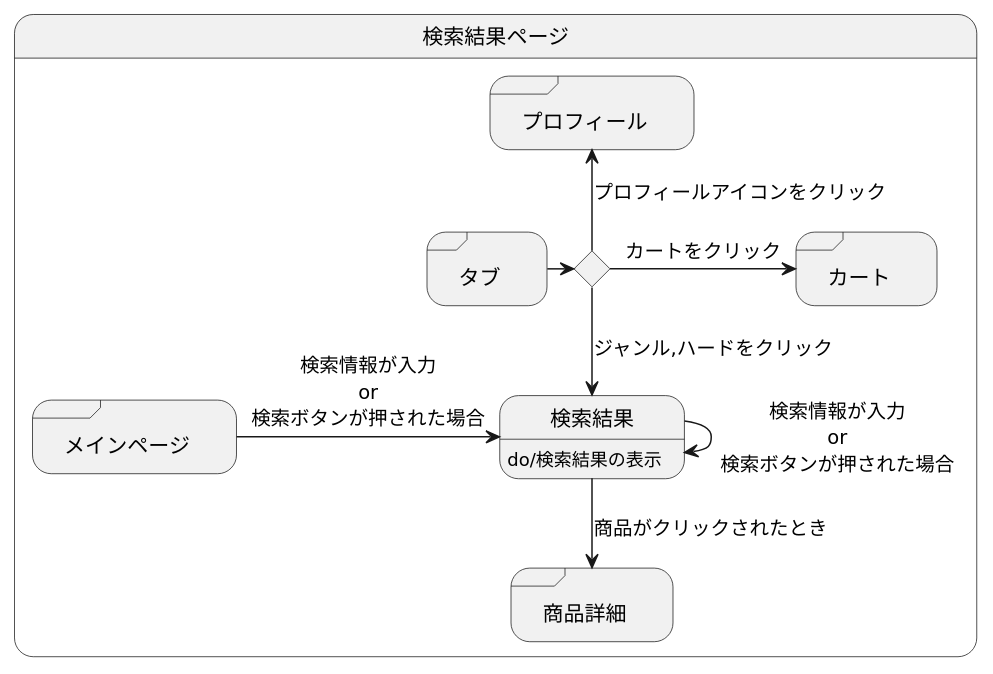
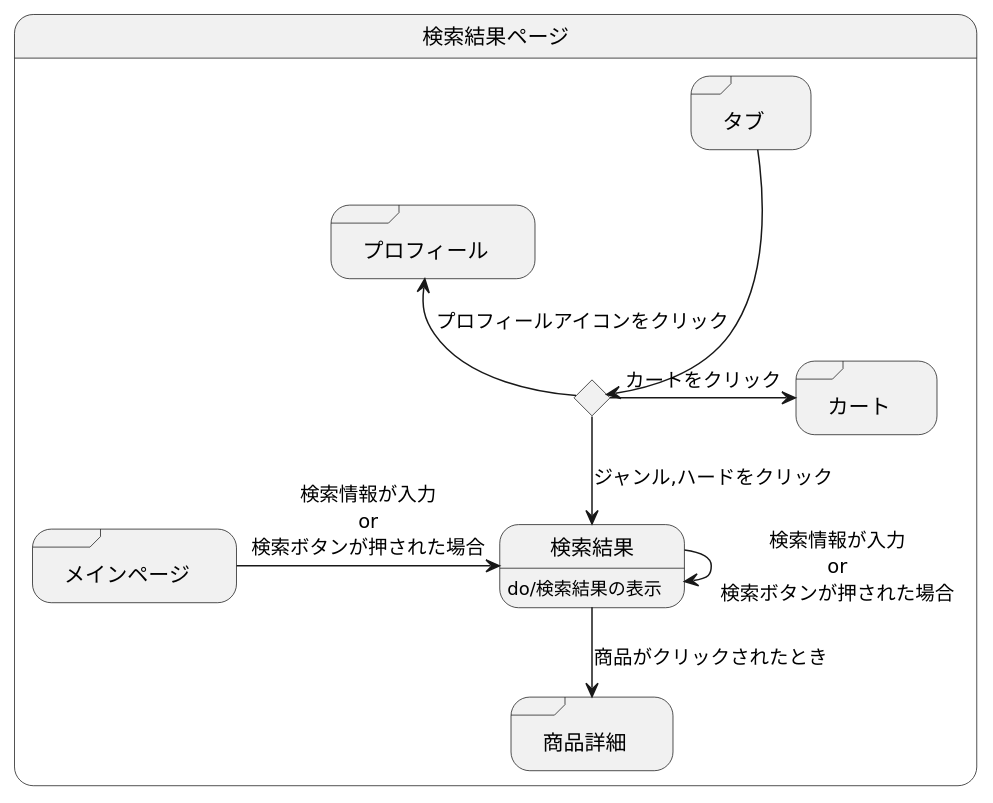
Before and after one commit to akutori/T-D-E: the diagram in 検索結果.md, drawn with PlantUML.

Commit message:
tabの長さ調整

````diff
--- a/検索結果.md
+++ b/検索結果.md
@@ -1,24 +1,24 @@
 ```uml
 @startuml
 state 検索結果ページ{
 
     state ifinput <<choice>>
     state 検索結果:do/検索結果の表示
     state "商品詳細" as goodsdetail <<sdlreceive>>
     state "メインページ" as mainpage <<sdlreceive>>
     state "タブ" as tab <<sdlreceive>>
     state "カート" as cart <<sdlreceive>>
     state "プロフィール" as profile <<sdlreceive>>
 
     mainpage -> 検索結果 :検索情報が入力\nor\n検索ボタンが押された場合
     検索結果 --> goodsdetail :商品がクリックされたとき
-    tab -> ifinput 
+    tab ---> ifinput 
     ifinput --> 検索結果 :ジャンル,ハードをクリック
     ifinput -> cart :カートをクリック
     ifinput -up-> profile :プロフィールアイコンをクリック
     検索結果 --> 検索結果 :検索情報が入力\nor\n検索ボタンが押された場合
 
 }
 
 @enduml
 ```
````
